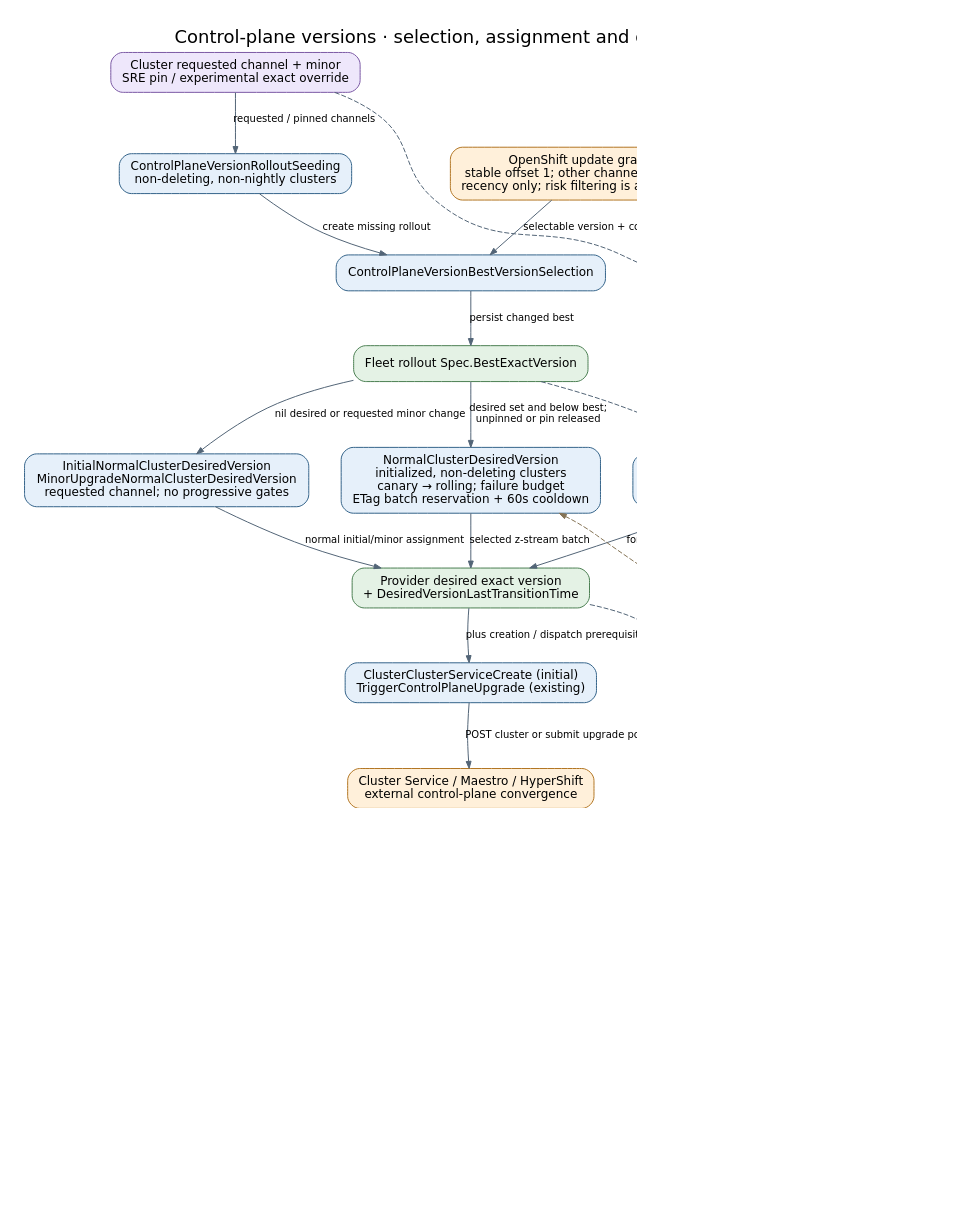
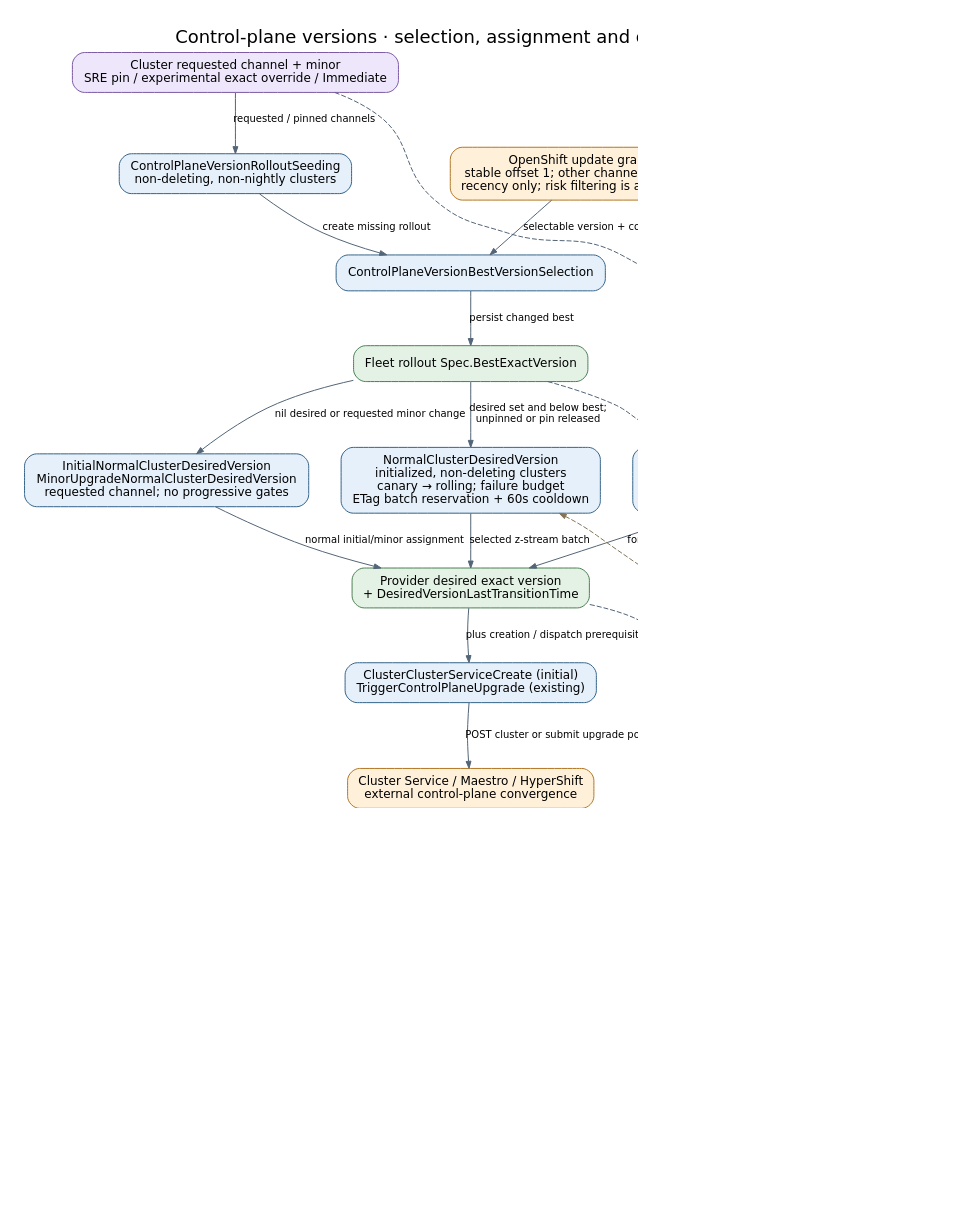
The diagram in docs/diagrams/controller-flows/control-plane-version-rollout.dot (Azure/ARO-HCP), drawn with Graphviz before and after one commit. The commit also changed 13 other files, not shown here.

```diff
--- a/docs/diagrams/controller-flows/control-plane-version-rollout.dot
+++ b/docs/diagrams/controller-flows/control-plane-version-rollout.dot
@@ -1,39 +1,39 @@
 digraph control_plane_version_rollout {
   graph [rankdir=TB, bgcolor="white", pad="0.3", nodesep="0.45", ranksep="0.6", fontname="DejaVu Sans", fontsize=18, labelloc=t, label="Control-plane versions · selection, assignment and observed progress", dpi=110];
   node [shape=box, style="rounded,filled", fillcolor="#e6f0fa", color="#35648a", fontname="DejaVu Sans", fontsize=12, margin="0.16,0.10"];
   edge [color="#536577", fontname="DejaVu Sans", fontsize=10, arrowsize=0.7];
-  request [label="Cluster requested channel + minor\nSRE pin / experimental exact override", fillcolor="#eee7fb", color="#7b59a4"];
+  request [label="Cluster requested channel + minor\nSRE pin / experimental exact override / Immediate", fillcolor="#eee7fb", color="#7b59a4"];
   seed [label="ControlPlaneVersionRolloutSeeding\nnon-deleting, non-nightly clusters"];
   best [label="ControlPlaneVersionBestVersionSelection"];
   updategraph [label="OpenShift update graph\nstable offset 1; other channels offset 0\nrecency only; risk filtering is a follow-up", fillcolor="#fff0da", color="#b27624"];
   target [label="Fleet rollout Spec.BestExactVersion", fillcolor="#e4f2e5", color="#4c8053"];
   initial [label="InitialNormalClusterDesiredVersion\nMinorUpgradeNormalClusterDesiredVersion\nrequested channel; no progressive gates"];
   normal [label="NormalClusterDesiredVersion\ninitialized, non-deleting clusters\ncanary → rolling; failure budget\nETag batch reservation + 60s cooldown"];
-  forced [label="ForcedClusterDesiredVersion\nSRE pin precedes experimental exact version\nrelease pin once best reaches UntilExactVersion"];
+  forced [label="ForcedClusterDesiredVersion\nSRE pin precedes experimental exact version\npin release at UntilExactVersion; otherwise\nImmediate follows best without progressive gates"];
   desired [label="Provider desired exact version\n+ DesiredVersionLastTransitionTime", fillcolor="#e4f2e5", color="#4c8053"];
   dispatch [label="ClusterClusterServiceCreate (initial)\nTriggerControlPlaneUpgrade (existing)"];
   external [label="Cluster Service / Maestro / HyperShift\nexternal control-plane convergence", fillcolor="#fff0da", color="#b27624"];
   observe [label="ReadDesireKubernetesController\n→ ControlPlaneActiveVersions"];
   history [label="Provider active versions + transition times\nCompleted entry confirms achieved version", fillcolor="#e4f2e5", color="#4c8053"];
   status [label="ControlPlaneVersionStatusCollector\nexclude missing / deleting clusters\naggregate counts; no assignments"];
   counts [label="Fleet status: desired / mismatched / failed\nachieved / successful\nsuccess age > 1h; mismatch timeout > 2h default", fillcolor="#e4f2e5", color="#4c8053"];
   request -> seed [label="requested / pinned channels"];
   seed -> best [label="create missing rollout"];
   updategraph -> best [label="selectable version + configured floor"];
   best -> target [label="persist changed best"];
   target -> initial [label="nil desired or requested minor change"];
   target -> normal [label="desired set and below best;\nunpinned or pin released"];
-  target -> forced [label="pin-release threshold only", style=dashed];
-  request -> forced [label="optional authoritative override", style=dashed, constraint=false];
+  target -> forced [label="pin release / Immediate", style=dashed];
+  request -> forced [label="optional override / Immediate", style=dashed, constraint=false];
   initial -> desired [label="normal initial/minor assignment"];
   normal -> desired [label="selected z-stream batch"];
   forced -> desired [label="forced assignment"];
   desired -> dispatch [label="plus creation / dispatch prerequisites"];
   dispatch -> external [label="POST cluster or submit upgrade policy"];
   external -> observe [label="mirrored HostedCluster history"];
   observe -> history [label="record observed state"];
   history -> status [label="completed version + age"];
   desired -> status [label="membership + target + age", style=dashed, constraint=false];
   status -> counts [label="persist only changed aggregates"];
   history -> normal [label="recompute decision counts\nfrom provider snapshot", style=dashed, color="#857456", constraint=false];
 }
```
